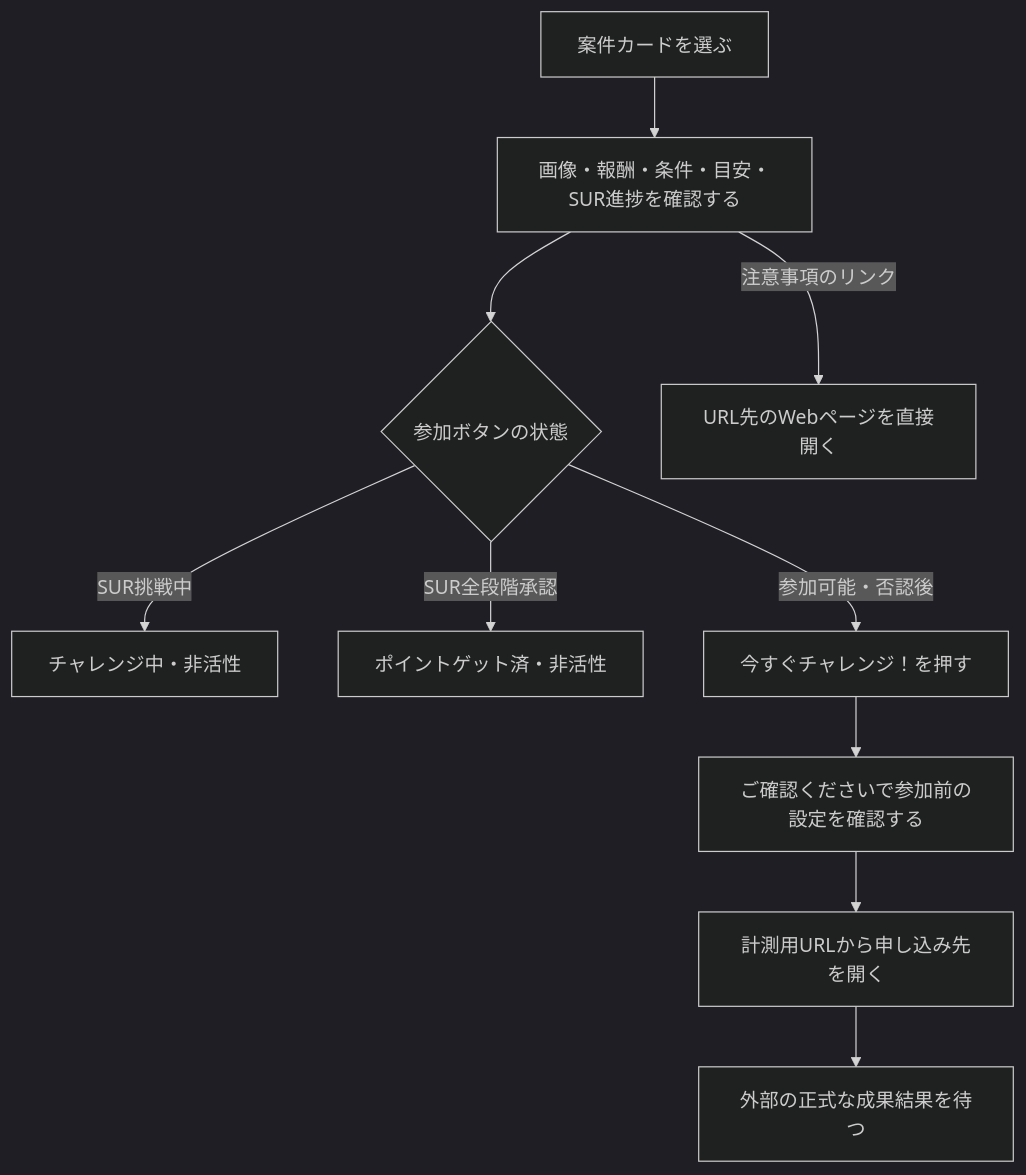
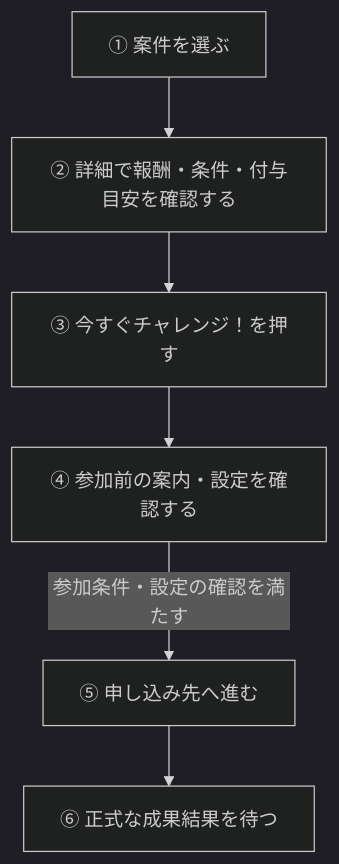
One commit to Min-Thu-Khant/pochipo-mock-en changed the diagram in docs/prd/features/F04-offer-entry.md. Above: the diagram before and after it, drawn with Mermaid (dark theme). The commit also changed other lines of this file, not shown here.

````diff
--- a/docs/prd/features/F04-offer-entry.md
+++ b/docs/prd/features/F04-offer-entry.md
@@ -92,12 +108,8 @@
 ```mermaid
 flowchart TD
-  A0["案件カードを選ぶ"] --> A1["画像・報酬・条件・目安・SUR進捗を確認する"]
-  A1 --> B{"参加ボタンの状態"}
-  B -->|SUR挑戦中| B1["チャレンジ中・非活性"]
-  B -->|SUR全段階承認| B2["ポイントゲット済・非活性"]
-  B -->|参加可能・否認後| A2["今すぐチャレンジ！を押す"]
-  A2 --> A3["ご確認くださいで参加前の設定を確認する"]
-  A3 --> A4["計測用URLから申し込み先を開く"]
-  A4 --> A5["外部の正式な成果結果を待つ"]
-  A1 -->|注意事項のリンク| N["URL先のWebページを直接開く"]
+  A0["① 案件を選ぶ"] --> A1["② 詳細で報酬・条件・付与目安を確認する"]
+  A1 --> A2["③ 今すぐチャレンジ！を押す"]
+  A2 --> A3["④ 参加前の案内・設定を確認する"]
+  A3 -->|参加条件・設定の確認を満たす| A4["⑤ 申し込み先へ進む"]
+  A4 --> A5["⑥ 正式な成果結果を待つ"]
 ```
````
